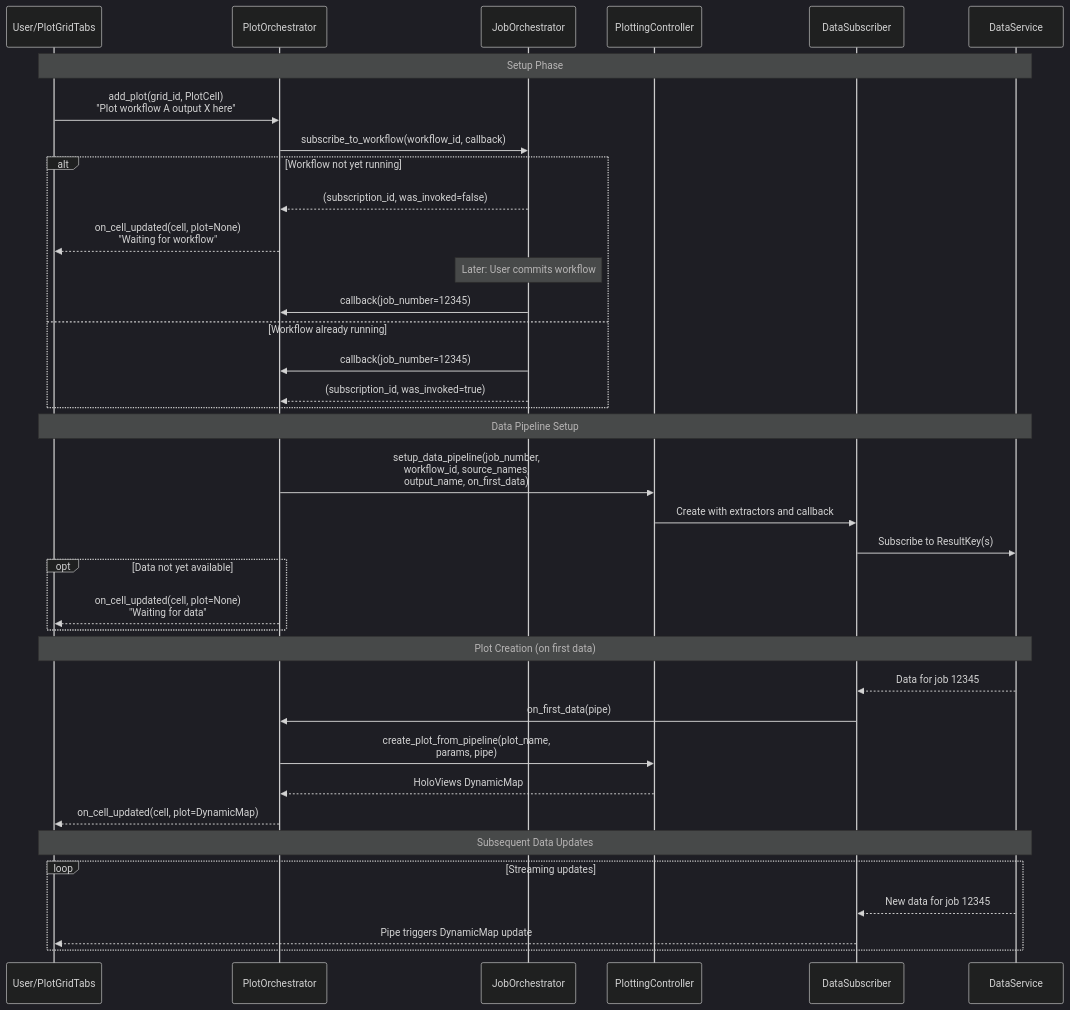
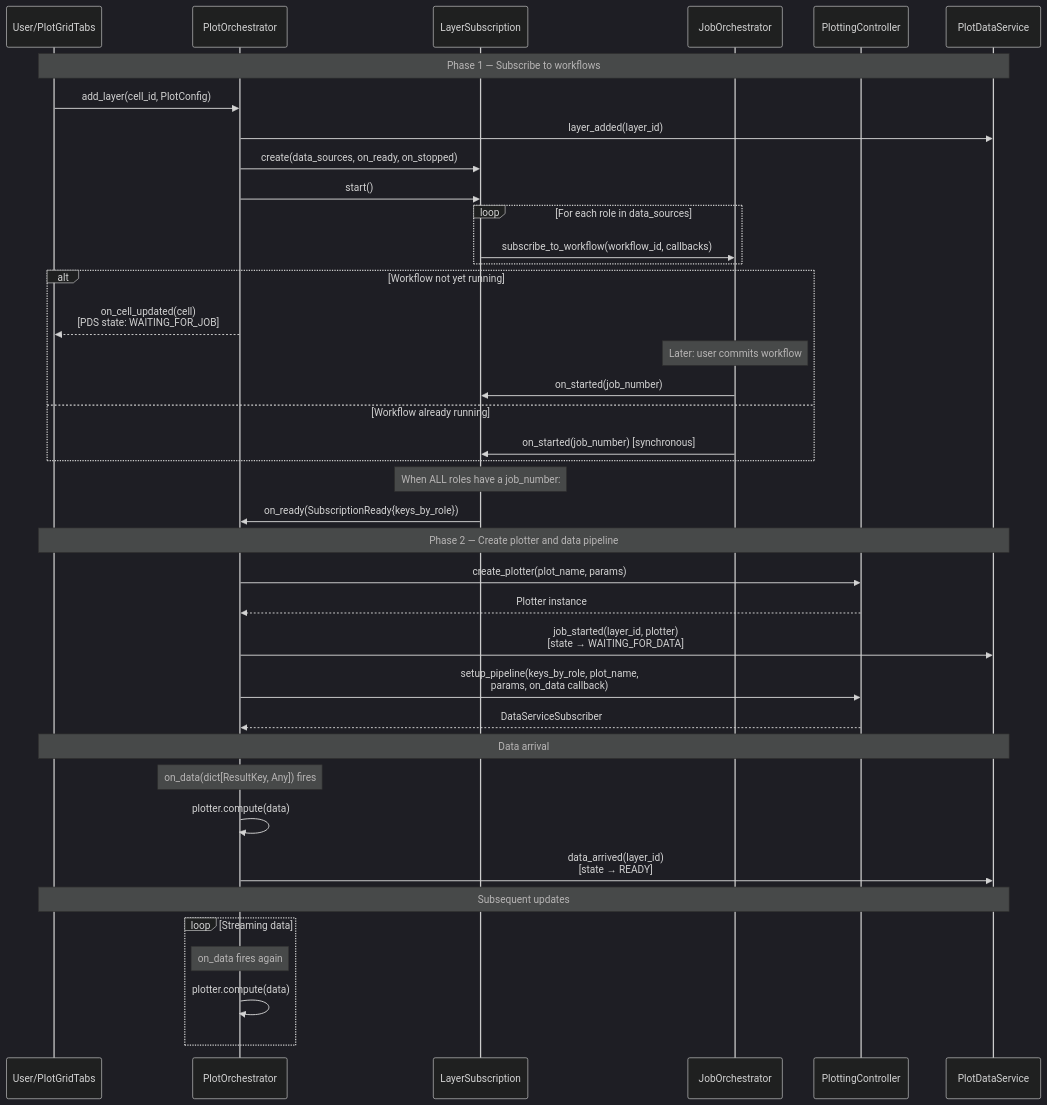
One commit to scipp/esslivedata changed the first of 2 diagrams in docs/developer/design/orchestrator-flow.md. Above: the diagram before and after it, drawn with Mermaid (dark theme). The commit also changed other lines of this file and 4 other files, not shown here.

````diff
--- a/docs/developer/design/orchestrator-flow.md
+++ b/docs/developer/design/orchestrator-flow.md
@@ -14,46 +14,49 @@
 ```mermaid
 sequenceDiagram
     participant User as User/PlotGridTabs
     participant PO as PlotOrchestrator
+    participant LS as LayerSubscription
     participant JO as JobOrchestrator
     participant PC as PlottingController
-    participant Sub as DataSubscriber
-    participant DS as DataService
+    participant PDS as PlotDataService
 
-    Note over User,DS: Setup Phase
-    User->>PO: add_plot(grid_id, PlotCell)<br/>"Plot workflow A output X here"
-    PO->>JO: subscribe_to_workflow(workflow_id, callback)
+    Note over User,PDS: Phase 1 — Subscribe to workflows
+    User->>PO: add_layer(cell_id, PlotConfig)
+    PO->>PDS: layer_added(layer_id)
+    PO->>LS: create(data_sources, on_ready, on_stopped)
+    PO->>LS: start()
+    loop For each role in data_sources
+        LS->>JO: subscribe_to_workflow(workflow_id, callbacks)
+    end
 
     alt Workflow not yet running
-        JO-->>PO: (subscription_id, was_invoked=false)
-        PO-->>User: on_cell_updated(cell, plot=None)<br/>"Waiting for workflow"
+        PO-->>User: on_cell_updated(cell)<br/>[PDS state: WAITING_FOR_JOB]
 
-        Note over JO: Later: User commits workflow
-        JO->>PO: callback(job_number=12345)
+        Note over JO: Later: user commits workflow
+        JO->>LS: on_started(job_number)
     else Workflow already running
-        JO->>PO: callback(job_number=12345)
-        JO-->>PO: (subscription_id, was_invoked=true)
+        JO->>LS: on_started(job_number) [synchronous]
     end
 
-    Note over User,DS: Data Pipeline Setup
-    PO->>PC: setup_data_pipeline(job_number,<br/>workflow_id, source_names,<br/>output_name, on_first_data)
-    PC->>Sub: Create with extractors and callback
-    Sub->>DS: Subscribe to ResultKey(s)
+    Note over LS: When ALL roles have a job_number:
+    LS->>PO: on_ready(SubscriptionReady{keys_by_role})
 
-    opt Data not yet available
-        PO-->>User: on_cell_updated(cell, plot=None)<br/>"Waiting for data"
-    end
+    Note over User,PDS: Phase 2 — Create plotter and data pipeline
+    PO->>PC: create_plotter(plot_name, params)
+    PC-->>PO: Plotter instance
+    PO->>PDS: job_started(layer_id, plotter)<br/>[state → WAITING_FOR_DATA]
 
-    Note over User,DS: Plot Creation (on first data)
-    DS-->>Sub: Data for job 12345
-    Sub->>PO: on_first_data(pipe)
-    PO->>PC: create_plot_from_pipeline(plot_name,<br/>params, pipe)
-    PC-->>PO: HoloViews DynamicMap
-    PO-->>User: on_cell_updated(cell, plot=DynamicMap)
+    PO->>PC: setup_pipeline(keys_by_role, plot_name,<br/>params, on_data callback)
+    PC-->>PO: DataServiceSubscriber
 
-    Note over User,DS: Subsequent Data Updates
-    loop Streaming updates
-        DS-->>Sub: New data for job 12345
-        Sub-->>User: Pipe triggers DynamicMap update
+    Note over User,PDS: Data arrival
+    Note over PO: on_data(dict[ResultKey, Any]) fires
+    PO->>PO: plotter.compute(data)
+    PO->>PDS: data_arrived(layer_id)<br/>[state → READY]
+
+    Note over User,PDS: Subsequent updates
+    loop Streaming data
+        Note over PO: on_data fires again
+        PO->>PO: plotter.compute(data)
     end
 ```
````
